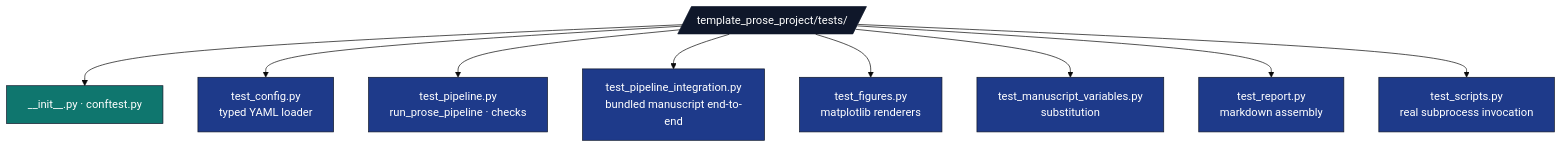
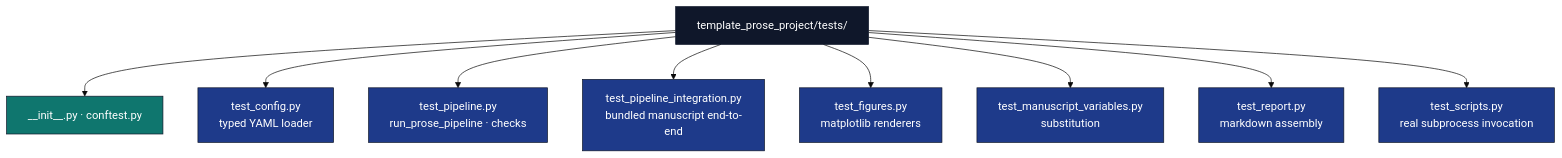
Before and after one commit to docxology/template: the diagram in projects/templates/template_prose_project/tests/AGENTS.md, drawn with Mermaid (base theme). The commit also changed 94 other files, not shown here.

````diff
--- a/projects/templates/template_prose_project/tests/AGENTS.md
+++ b/projects/templates/template_prose_project/tests/AGENTS.md
@@ -7,19 +7,19 @@
 ```mermaid
 flowchart TB
-    T[/template_prose_project/tests//]
+    T[template_prose_project/tests/]
     T --> META[__init__.py · conftest.py]
     T --> CFG[test_config.py<br/>typed YAML loader]
     T --> PIPE[test_pipeline.py<br/>run_prose_pipeline · checks]
     T --> INTEG[test_pipeline_integration.py<br/>bundled manuscript end-to-end]
     T --> FIG[test_figures.py<br/>matplotlib renderers]
     T --> MV[test_manuscript_variables.py<br/>substitution]
     T --> REP[test_report.py<br/>markdown assembly]
     T --> SCR[test_scripts.py<br/>real subprocess invocation]
 
     classDef d fill:#0f172a,stroke:#0f172a,color:#fff
     classDef code fill:#1e3a8a,stroke:#0f172a,color:#fff
     classDef doc fill:#0f766e,stroke:#0f172a,color:#fff
     class T d
     class CFG,PIPE,INTEG,FIG,MV,REP,SCR code
     class META doc
 ```
````
